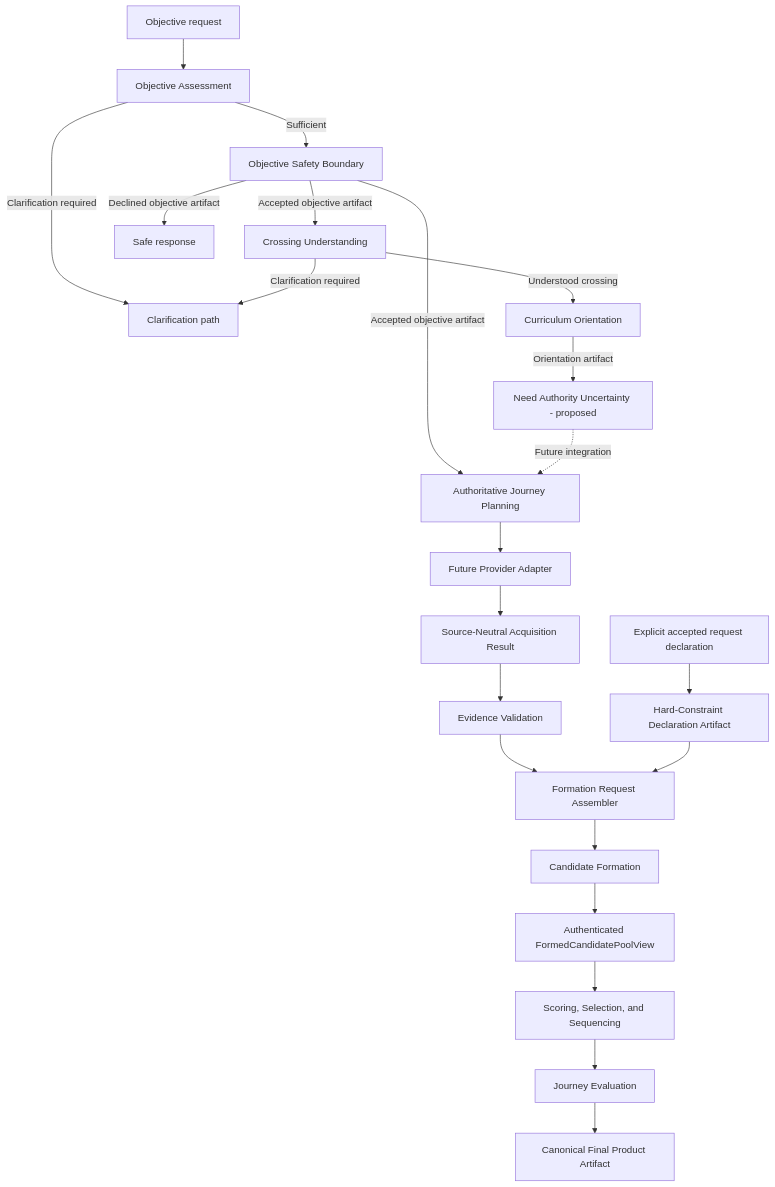
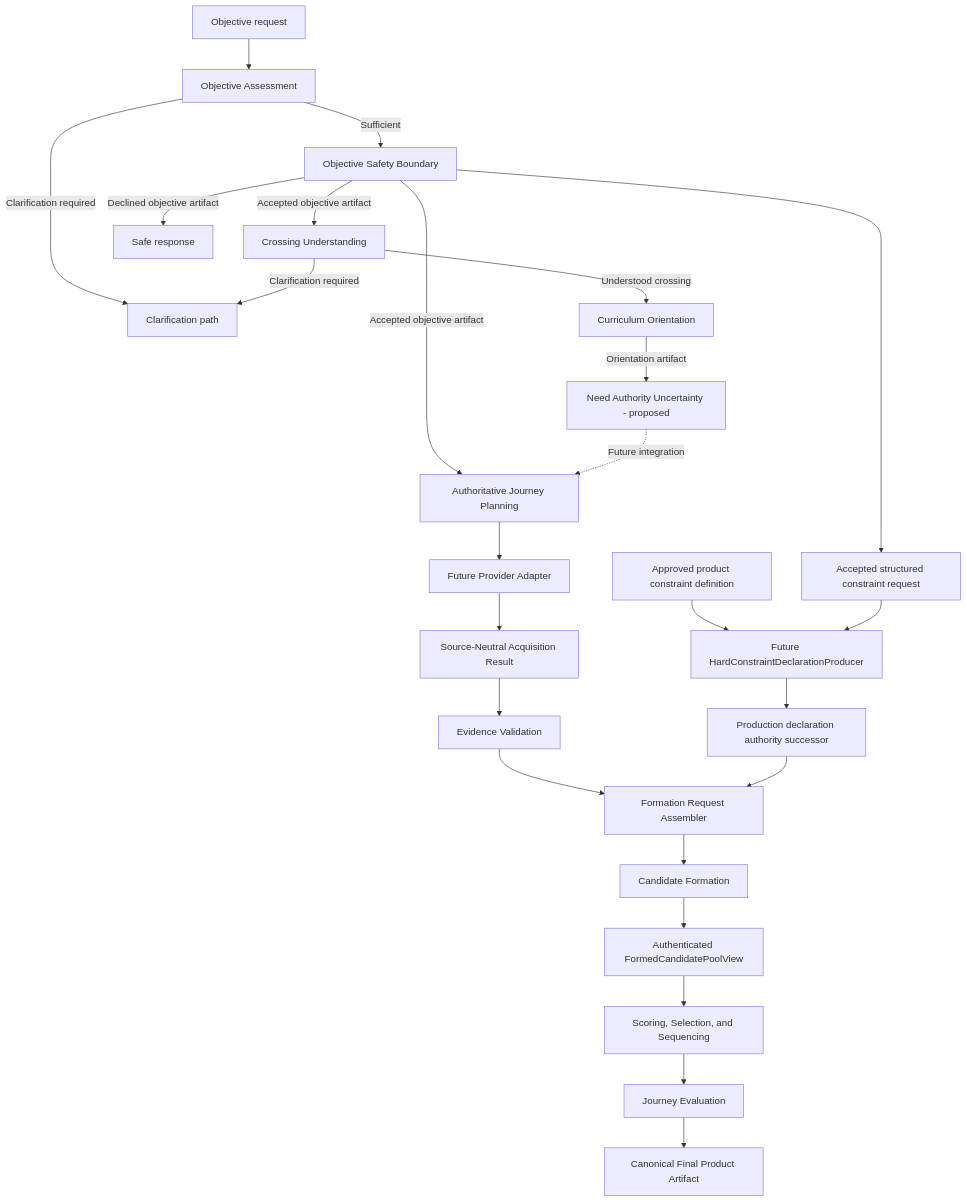
The diagram in docs/architecture.md (kevin7773/PlaylistNarrative), drawn with Mermaid before and after one commit. The commit also changed other lines of this file and 3 other files, not shown here.

Commit message:
docs: freeze accepted constraint declaration authority

````diff
--- a/docs/architecture.md
+++ b/docs/architecture.md
@@ -78,24 +83,27 @@
 ```mermaid
 flowchart TD
     A["Objective request"] --> B["Objective Assessment"]
     B -->|"Clarification required"| C["Clarification path"]
     B -->|"Sufficient"| D["Objective Safety Boundary"]
     D -->|"Accepted objective artifact"| E["Authoritative Journey Planning"]
     D -->|"Accepted objective artifact"| CU["Crossing Understanding"]
     D -->|"Declined objective artifact"| F["Safe response"]
     CU -->|"Understood crossing"| O["Curriculum Orientation"]
     CU -->|"Clarification required"| C
     O -->|"Orientation artifact"| N["Need Authority Uncertainty - proposed"]
     N -.->|"Future integration"| E
     E --> G["Future Provider Adapter"]
     G --> ACQ["Source-Neutral Acquisition Result"]
     ACQ --> V["Evidence Validation"]
     V --> R["Formation Request Assembler"]
-    X["Explicit accepted request declaration"] --> Q["Hard-Constraint Declaration Artifact"]
-    Q --> R
+    D --> X["Accepted structured constraint request"]
+    Z["Approved product constraint definition"] --> Q["Future HardConstraintDeclarationProducer"]
+    X --> Q
+    Q --> Y["Production declaration authority successor"]
+    Y --> R
     R --> J["Candidate Formation"]
     J --> K["Authenticated FormedCandidatePoolView"]
     K --> H["Scoring, Selection, and Sequencing"]
     H --> I["Journey Evaluation"]
     I --> P["Canonical Final Product Artifact"]
 ```
````
